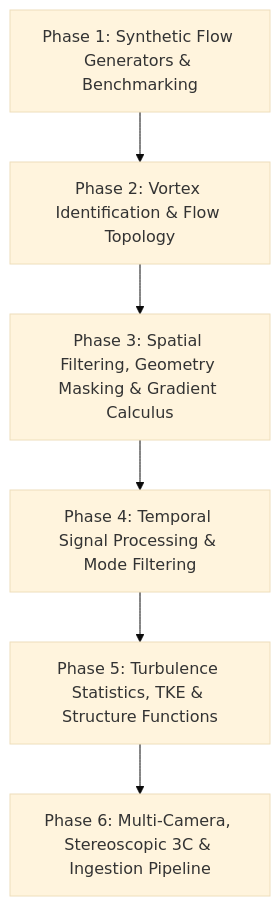
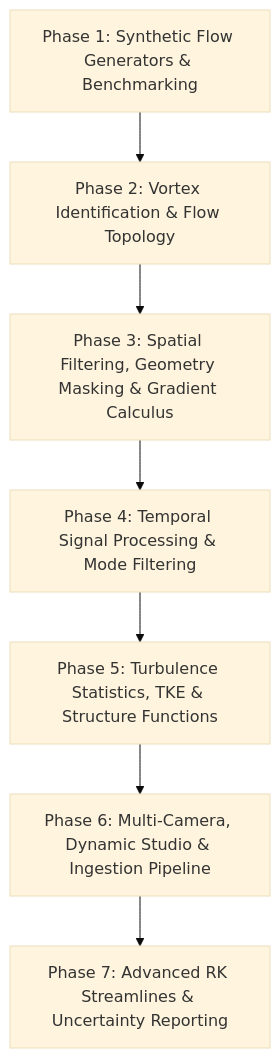
One commit to alexlib/pivpy changed the diagram in docs/architecture/pivmat-parity-roadmap.md. Above: the diagram before and after it, drawn with Mermaid (base theme). The commit also changed other lines of this file and 1 other file, not shown here.

Commit message:
docs: add ASPiRE Lab RK streamlines, uncertainty probing, and PDF reporting to roadmap

````diff
--- a/docs/architecture/pivmat-parity-roadmap.md
+++ b/docs/architecture/pivmat-parity-roadmap.md
@@ -22,8 +26,9 @@
 ```mermaid
 graph TD
     P1[Phase 1: Synthetic Flow Generators & Benchmarking] --> P2[Phase 2: Vortex Identification & Flow Topology]
     P2 --> P3[Phase 3: Spatial Filtering, Geometry Masking & Gradient Calculus]
     P3 --> P4[Phase 4: Temporal Signal Processing & Mode Filtering]
     P4 --> P5[Phase 5: Turbulence Statistics, TKE & Structure Functions]
-    P5 --> P6[Phase 6: Multi-Camera, Stereoscopic 3C & Ingestion Pipeline]
+    P5 --> P6[Phase 6: Multi-Camera, Dynamic Studio & Ingestion Pipeline]
+    P6 --> P7[Phase 7: Advanced RK Streamlines & Uncertainty Reporting]
 ```
````
